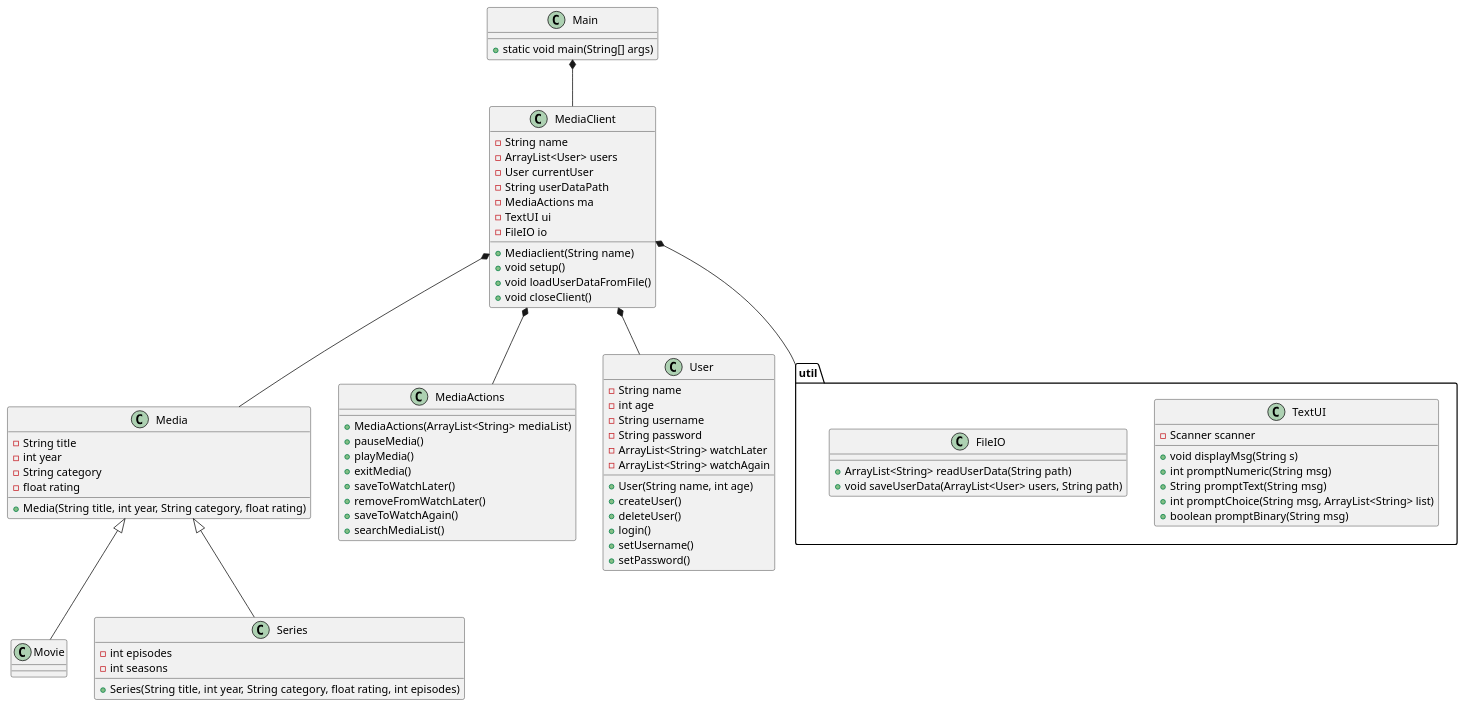
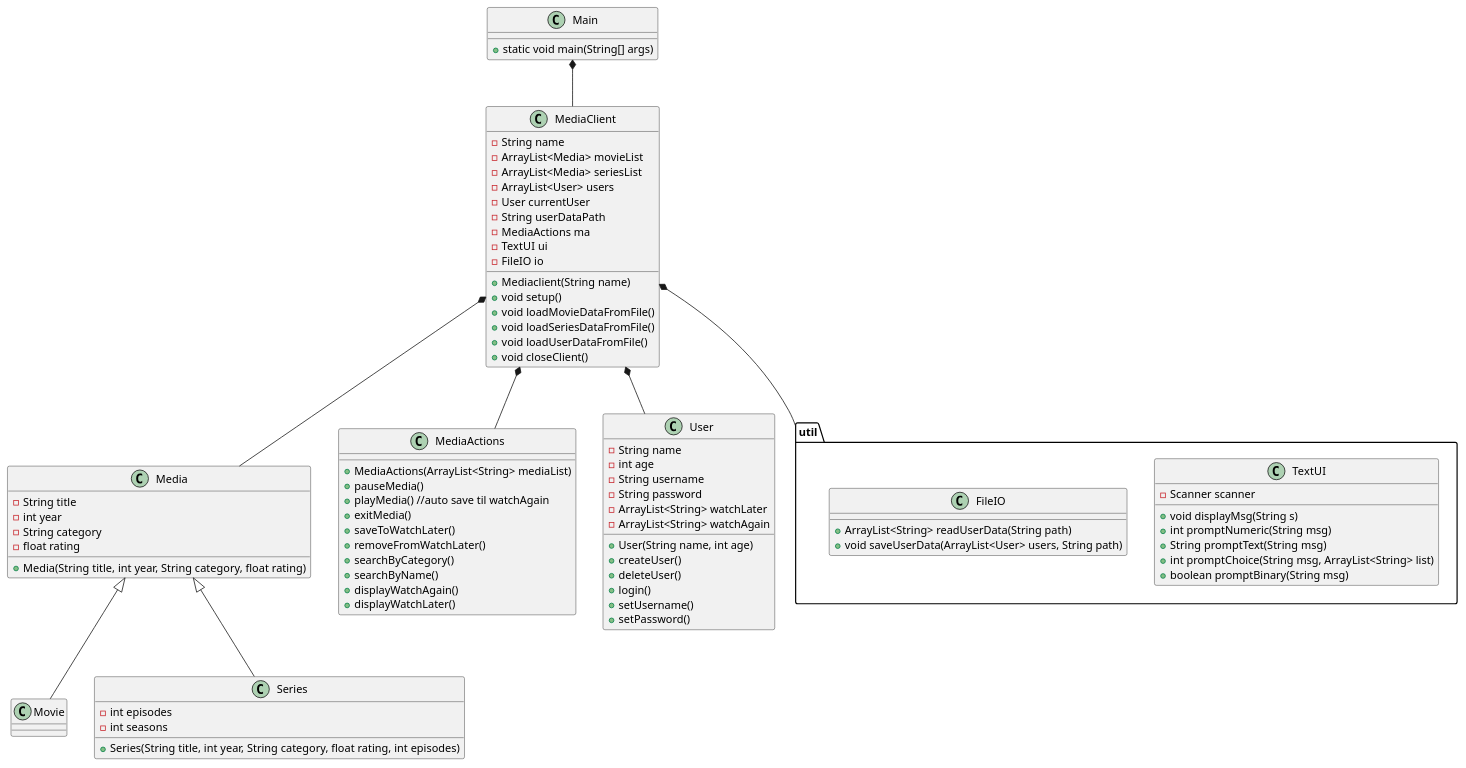
Before and after one commit to b-rino/SP3: the diagram in docs/classdiagram_v0.puml, drawn with PlantUML. The commit also changed 5 other files, not shown here.

```diff
--- a/docs/classdiagram_v0.puml
+++ b/docs/classdiagram_v0.puml
@@ -1,101 +1,107 @@
 @startuml
 class Main{
 + static void main(String[] args)
 }
 
 class Media{
 - String title
 - int year
 - String category
 - float rating
 +Media(String title, int year, String category, float rating)
 
 
 }
 
 class MediaClient{
 -String name
+-ArrayList<Media> movieList
+-ArrayList<Media> seriesList
 -ArrayList<User> users
 -User currentUser
 -String userDataPath
 -MediaActions ma
 -TextUI ui
 -FileIO io
 +Mediaclient(String name)
 +void setup()
++void loadMovieDataFromFile()
++void loadSeriesDataFromFile()
 +void loadUserDataFromFile()
 +void closeClient()
 
 
 }
 
 
 class Movie{
 }
 
 class Series{
 - int episodes
 - int seasons
 +Series(String title, int year, String category, float rating, int episodes)
 }
 
 
 class MediaActions{
 +MediaActions(ArrayList<String> mediaList)
 +pauseMedia()
-+playMedia()
++playMedia() //auto save til watchAgain
 +exitMedia()
 +saveToWatchLater()
 +removeFromWatchLater()
-+saveToWatchAgain()
-+searchMediaList()
++searchByCategory()
++searchByName()
++displayWatchAgain()
++displayWatchLater()
 }
 
 class User{
 -String name
 -int age
 -String username
 -String password
 -ArrayList<String> watchLater
 -ArrayList<String> watchAgain
 +User(String name, int age)
 +createUser()
 +deleteUser()
 +login()
 '+logout() nok ikke nødvendig
 +setUsername()
 +setPassword()
 }
 
 
 package "util" {
 class TextUI{
 - Scanner scanner
 
 +void displayMsg(String s)
 +int promptNumeric(String msg)
 +String promptText(String msg)
 +int promptChoice(String msg, ArrayList<String> list)
 +boolean promptBinary(String msg)
 }
 class FileIO{
 '+void addMediaToFile(Media media, String path)
 '+void removeMediaFromFile(Media media, String path)
 +ArrayList<String> readUserData(String path)
 +void saveUserData(ArrayList<User> users, String path)
 }
 }
 
 MediaClient *-- Media
 Media<|--Series
 Media <|-- Movie
 MediaClient *-- User
 Main *-- MediaClient
 MediaClient *-- "util"
 MediaClient *-- MediaActions
 
 
 
 
 
 @enduml
```
